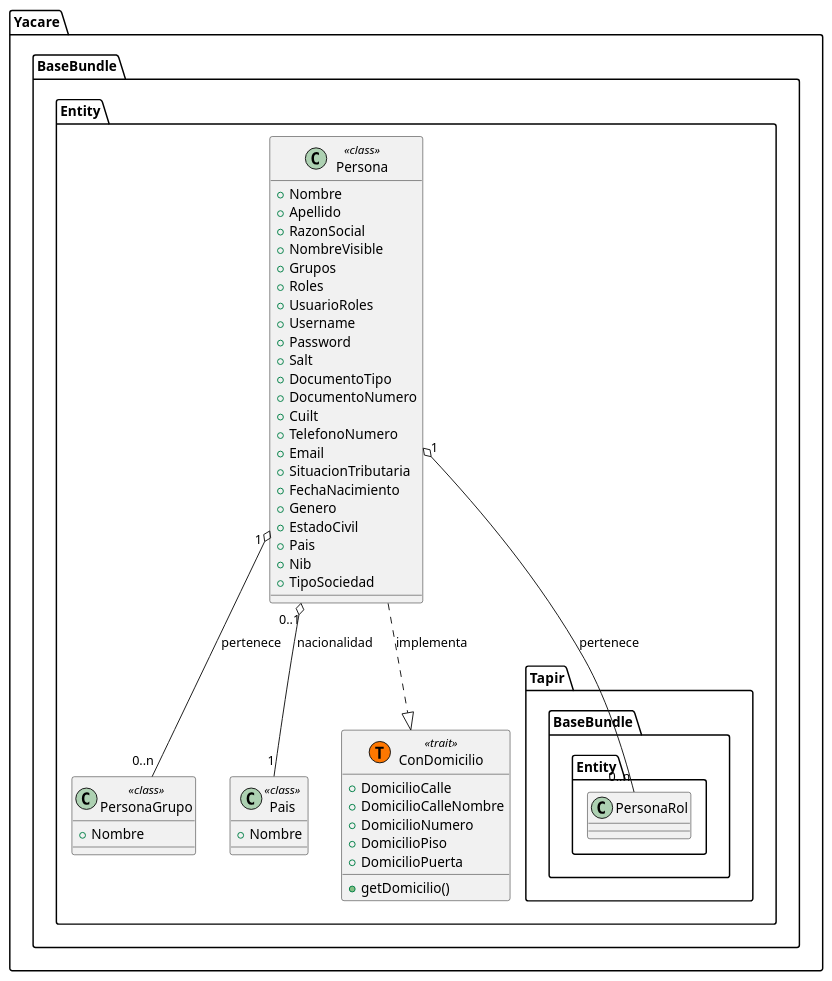
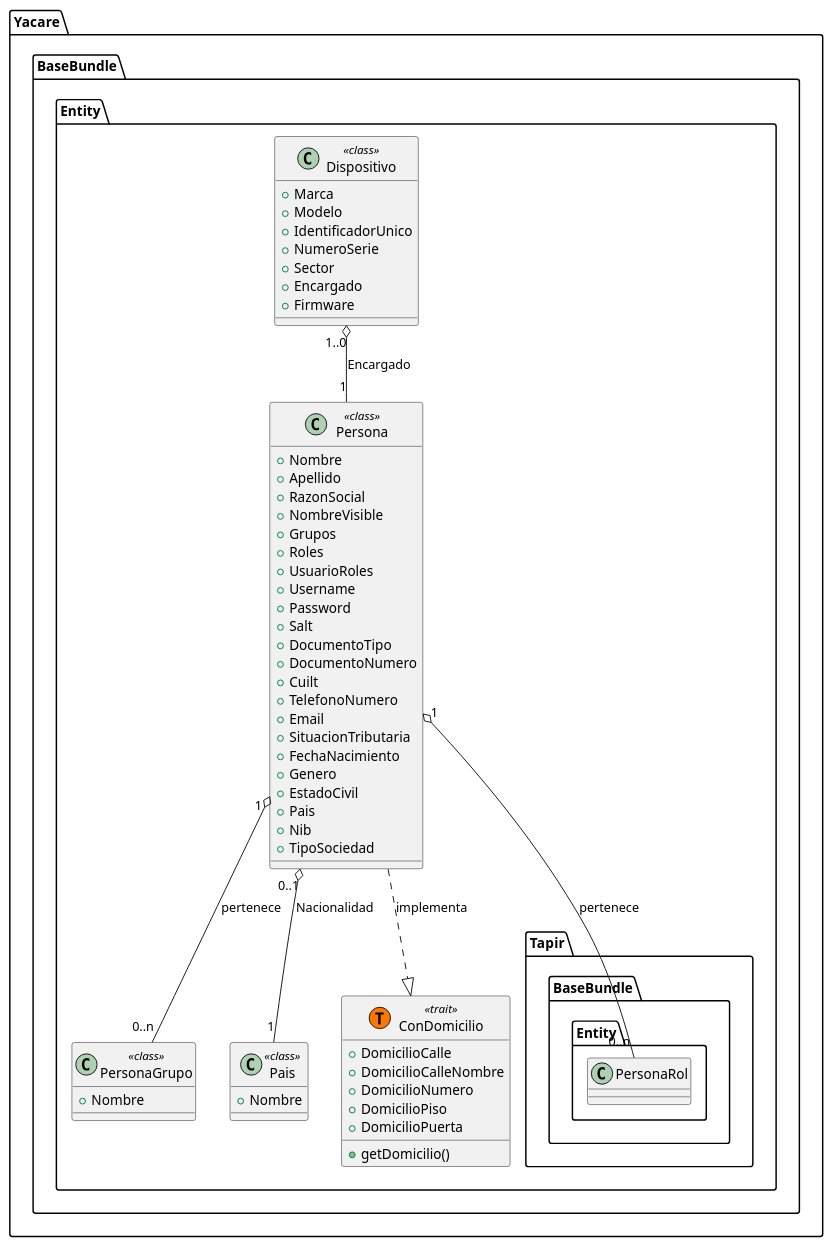
The diagram in docs/Clases/Yacare/Base/DC_Entidades.pu (Drake86cnf/yacare), drawn with PlantUML before and after one commit. The commit also changed 1 other file, not shown here.

Commit message:
Diagrama de clases de Flota.

```diff
--- a/docs/Clases/Yacare/Base/DC_Entidades.pu
+++ b/docs/Clases/Yacare/Base/DC_Entidades.pu
@@ -1,53 +1,64 @@
 @startuml
 
 namespace Yacare.BaseBundle.Entity  {
 	class Persona <<class>> {
 		+Nombre
 		+Apellido
 		+RazonSocial
 		+NombreVisible
 		+Grupos
 		+Roles		
 		+UsuarioRoles
 		+Username
 		+Password
 		+Salt
 		+DocumentoTipo
 		+DocumentoNumero
 		+Cuilt
 		+TelefonoNumero
 		+Email
 		+SituacionTributaria
 		+FechaNacimiento
 		+Genero
 		+EstadoCivil
 		+Pais
 		+Nib
 		+TipoSociedad
 	}
 
 	class PersonaGrupo <<class>> {
 		+Nombre
 	}
 	
 	class Pais << class >> {
 		+Nombre
 	}
 	class ConDomicilio <<(T,#FF7700) trait>> {
 		+DomicilioCalle
 		+DomicilioCalleNombre
 		+DomicilioNumero
 		+DomicilioPiso
 		+DomicilioPuerta
 		+getDomicilio()
 	}
 	
+	class Dispositivo <<class>> {
+		+Marca
+		+Modelo
+		+IdentificadorUnico
+		+NumeroSerie
+		+Sector
+		+Encargado
+		+Firmware
+	}
+	
 	Persona ..|> ConDomicilio : implementa
-	Persona "0..1" o-- "1" Pais : nacionalidad
+	Persona "0..1" o-- "1" Pais : Nacionalidad
 	Persona "1" o-- "0..n" PersonaGrupo : pertenece
 	Persona "1" o-- "0..n" Tapir.BaseBundle.Entity.PersonaRol : pertenece
 	
-	
+	Dispositivo "1..0" o-- "1" Persona : Encargado
+
 }
 
 @enduml
```
